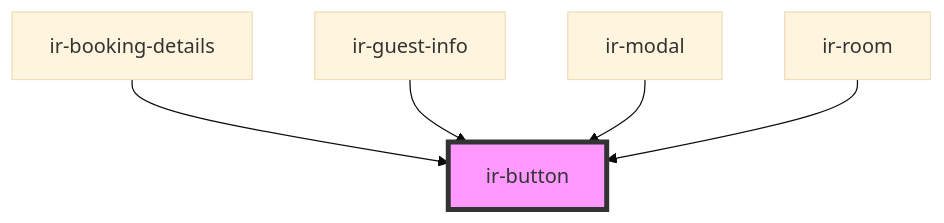
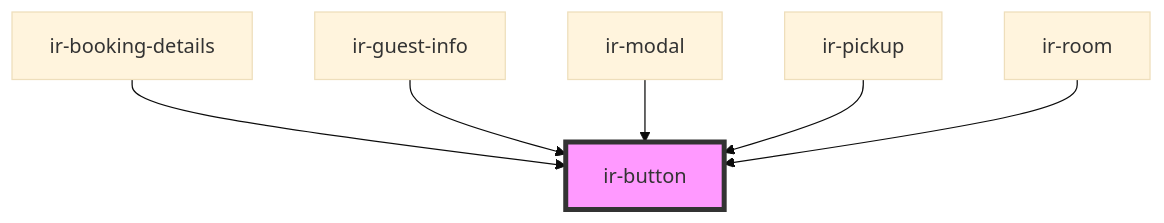
One commit to David1Chowaifaty/modified-ir-webcmp changed the diagram in src/components/ir-button/readme.md. Above: the diagram before and after it, drawn with Mermaid (base theme). The commit also changed other lines of this file and 12 other files, not shown here.

````diff
--- a/src/components/ir-button/readme.md
+++ b/src/components/ir-button/readme.md
@@ -41,8 +43,9 @@
 ```mermaid
 graph TD;
   ir-booking-details --> ir-button
   ir-guest-info --> ir-button
   ir-modal --> ir-button
+  ir-pickup --> ir-button
   ir-room --> ir-button
   style ir-button fill:#f9f,stroke:#333,stroke-width:4px
 ```
````
